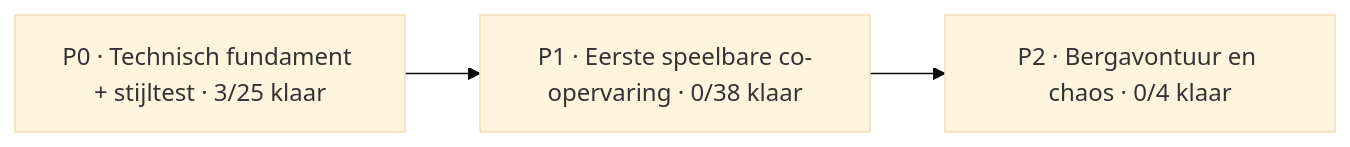
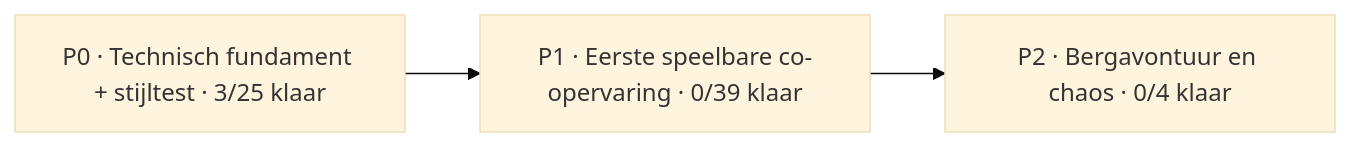
One commit to mlemson/conductor-chaos changed the diagram in Docs/PROJECT_BOARD.md. Above: the diagram before and after it, drawn with Mermaid (base theme). The commit also changed other lines of this file, not shown here.

````diff
--- a/Docs/PROJECT_BOARD.md
+++ b/Docs/PROJECT_BOARD.md
@@ -13,7 +13,7 @@
 ```mermaid
 flowchart LR
     P0["P0 · Technisch fundament + stijltest · 3/25 klaar"]
-    P1["P1 · Eerste speelbare co-opervaring · 0/38 klaar"]
+    P1["P1 · Eerste speelbare co-opervaring · 0/39 klaar"]
     P2["P2 · Bergavontuur en chaos · 0/4 klaar"]
     P0 --> P1 --> P2
 ```
````
